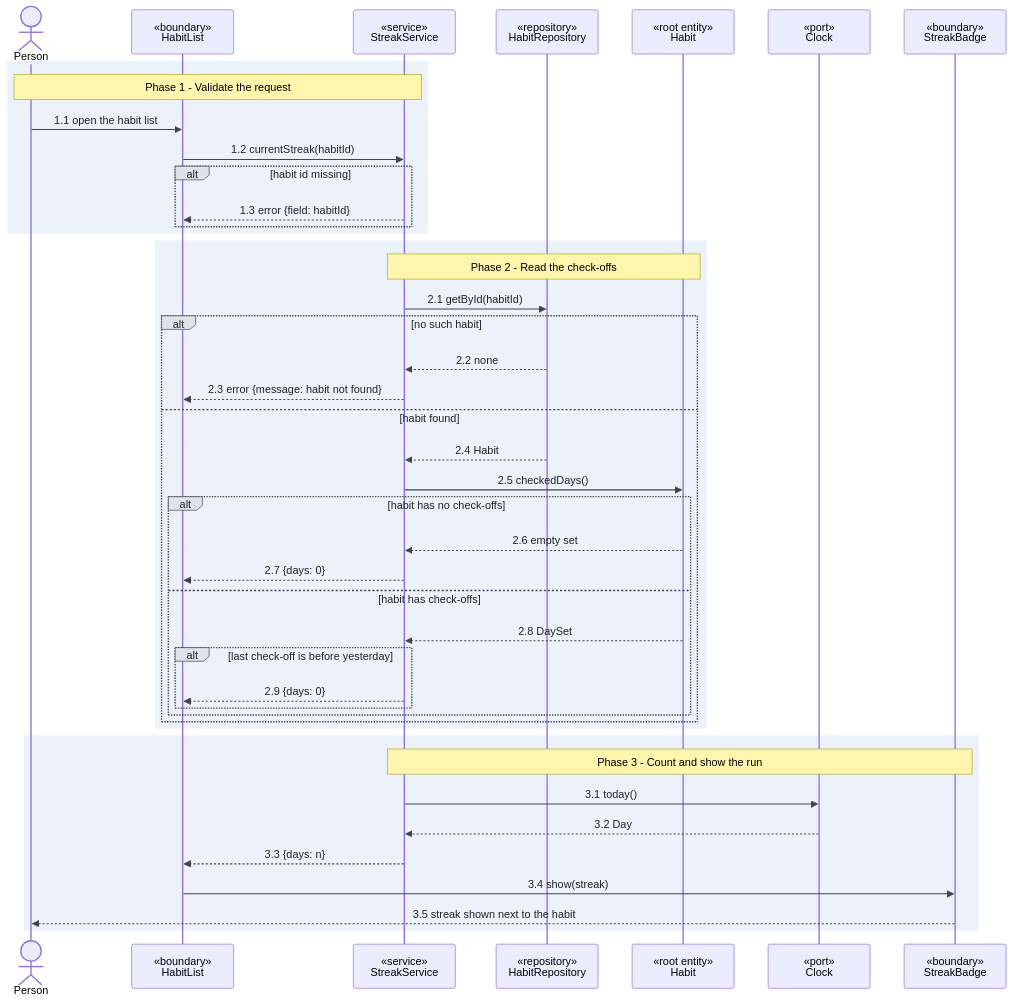
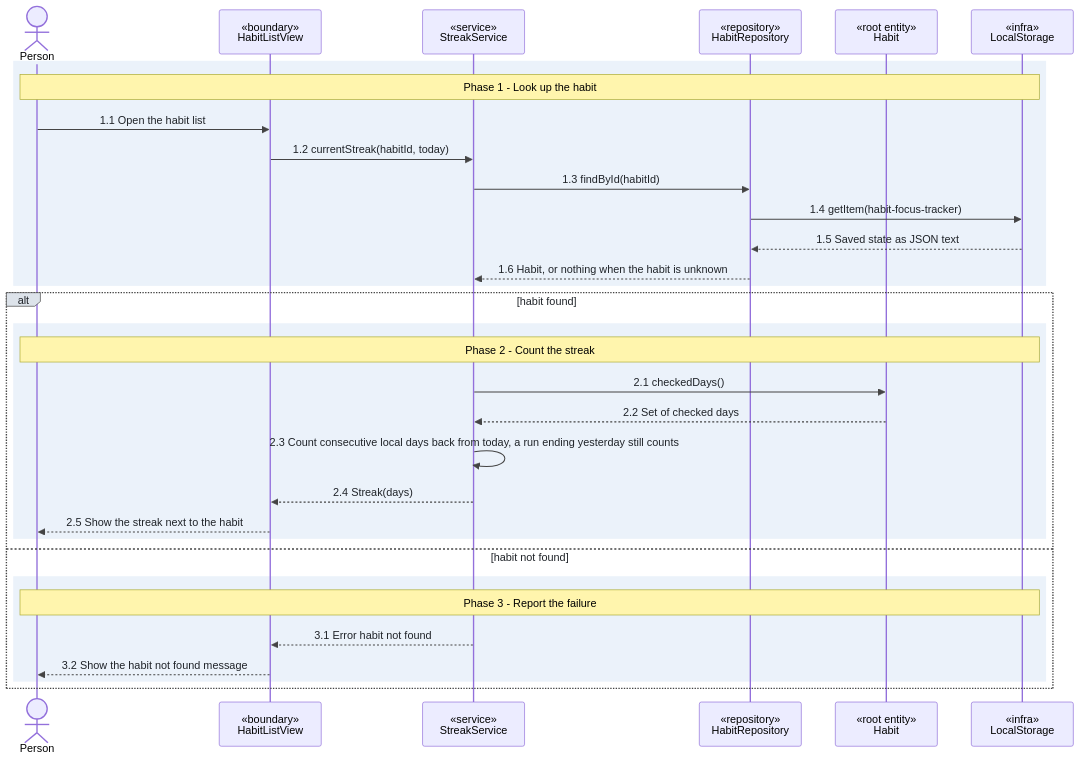
The second of 3 diagrams in toolkit/sample/story-to-code/stages/planned/.plans/habits/slices/streaks/UC-streaks.md (joisse1101/the-toolbox), drawn with Mermaid before and after one commit. The commit also changed other lines of this file and 24 other files, not shown here.

First line of the commit message:
feat(toolkit): record a real walk of the story-to-code flow

````diff
--- a/toolkit/sample/story-to-code/stages/planned/.plans/habits/slices/streaks/UC-streaks.md
+++ b/toolkit/sample/story-to-code/stages/planned/.plans/habits/slices/streaks/UC-streaks.md
@@ -121,50 +101,35 @@
 ```mermaid
 %%{init: {'themeVariables': {'signalTextColor':'#1f2328','labelTextColor':'#1f2328','loopTextColor':'#1f2328','signalColor':'#444','labelBoxBkgColor':'#dde3ea','labelBoxBorderColor':'#444'}}}%%
 sequenceDiagram
-  actor U as Person
-  participant LIST as «boundary»<br/>HabitList
-  participant SVC as «service»<br/>StreakService
-  participant REPO as «repository»<br/>HabitRepository
-  participant HABIT as «root entity»<br/>Habit
-  participant CLOCK as «port»<br/>Clock
-  participant BADGE as «boundary»<br/>StreakBadge
-
+  actor P as Person
+  participant V as «boundary»<br/>HabitListView
+  participant S as «service»<br/>StreakService
+  participant R as «repository»<br/>HabitRepository
+  participant H as «root entity»<br/>Habit
+  participant L as «infra»<br/>LocalStorage
   rect rgb(235, 242, 250)
-    Note over U,SVC: Phase 1 - Validate the request
-    U->>LIST: 1.1 open the habit list
-    LIST->>SVC: 1.2 currentStreak(habitId)
-    alt habit id missing
-      SVC-->>LIST: 1.3 error {field: habitId}
+    Note over P,L: Phase 1 - Look up the habit
+    P->>V: 1.1 Open the habit list
+    V->>S: 1.2 currentStreak(habitId, today)
+    S->>R: 1.3 findById(habitId)
+    R->>L: 1.4 getItem(habit-focus-tracker)
+    L-->>R: 1.5 Saved state as JSON text
+    R-->>S: 1.6 Habit, or nothing when the habit is unknown
+  end
+  alt habit found
+    rect rgb(235, 242, 250)
+      Note over P,L: Phase 2 - Count the streak
+      S->>H: 2.1 checkedDays()
+      H-->>S: 2.2 Set of checked days
+      S->>S: 2.3 Count consecutive local days back from today, a run ending yesterday still counts
+      S-->>V: 2.4 Streak(days)
+      V-->>P: 2.5 Show the streak next to the habit
+    end
+  else habit not found
+    rect rgb(235, 242, 250)
+      Note over P,L: Phase 3 - Report the failure
+      S-->>V: 3.1 Error habit not found
+      V-->>P: 3.2 Show the habit not found message
     end
   end
-
-  rect rgb(235, 242, 250)
-    Note over SVC,HABIT: Phase 2 - Read the check-offs
-    SVC->>REPO: 2.1 getById(habitId)
-    alt no such habit
-      REPO-->>SVC: 2.2 none
-      SVC-->>LIST: 2.3 error {message: habit not found}
-    else habit found
-      REPO-->>SVC: 2.4 Habit
-      SVC->>HABIT: 2.5 checkedDays()
-      alt habit has no check-offs
-        HABIT-->>SVC: 2.6 empty set
-        SVC-->>LIST: 2.7 {days: 0}
-      else habit has check-offs
-        HABIT-->>SVC: 2.8 DaySet
-        alt last check-off is before yesterday
-          SVC-->>LIST: 2.9 {days: 0}
-        end
-      end
-    end
-  end
-
-  rect rgb(235, 242, 250)
-    Note over SVC,BADGE: Phase 3 - Count and show the run
-    SVC->>CLOCK: 3.1 today()
-    CLOCK-->>SVC: 3.2 Day
-    SVC-->>LIST: 3.3 {days: n}
-    LIST->>BADGE: 3.4 show(streak)
-    BADGE-->>U: 3.5 streak shown next to the habit
-  end
 ```
````
